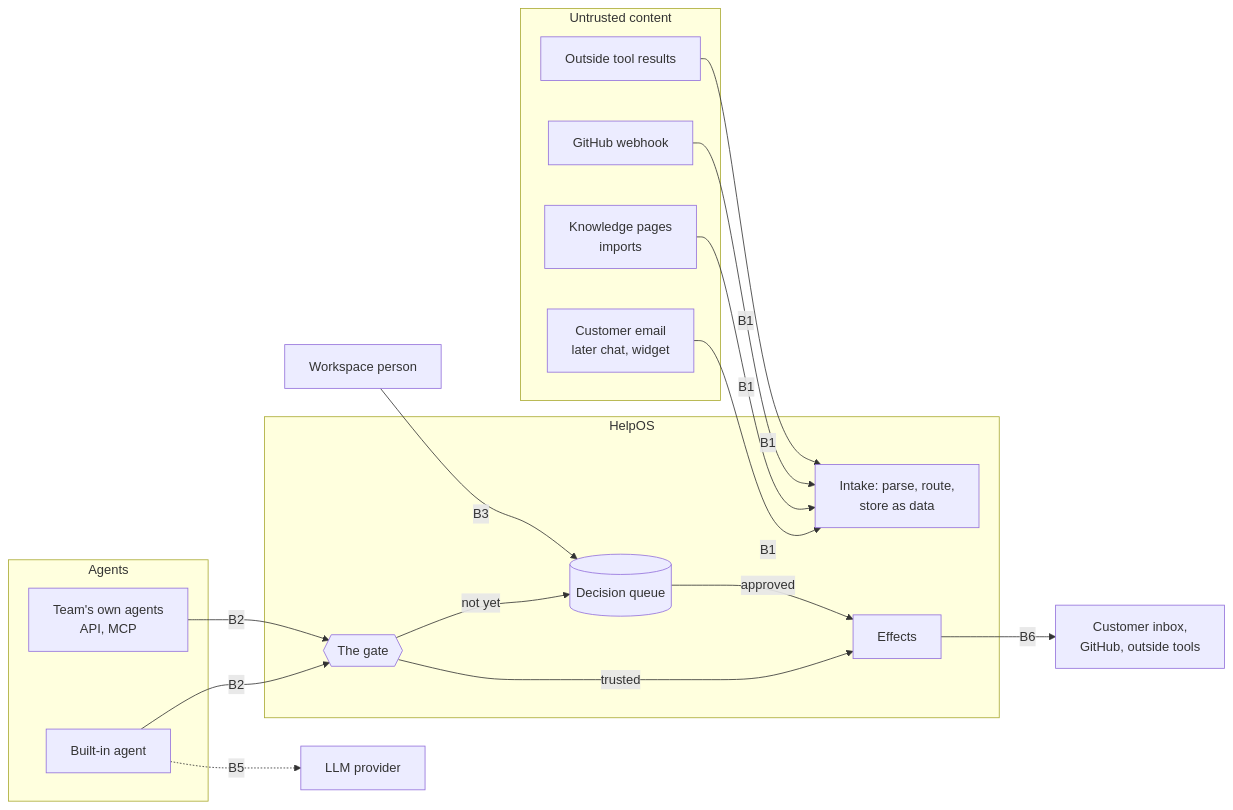
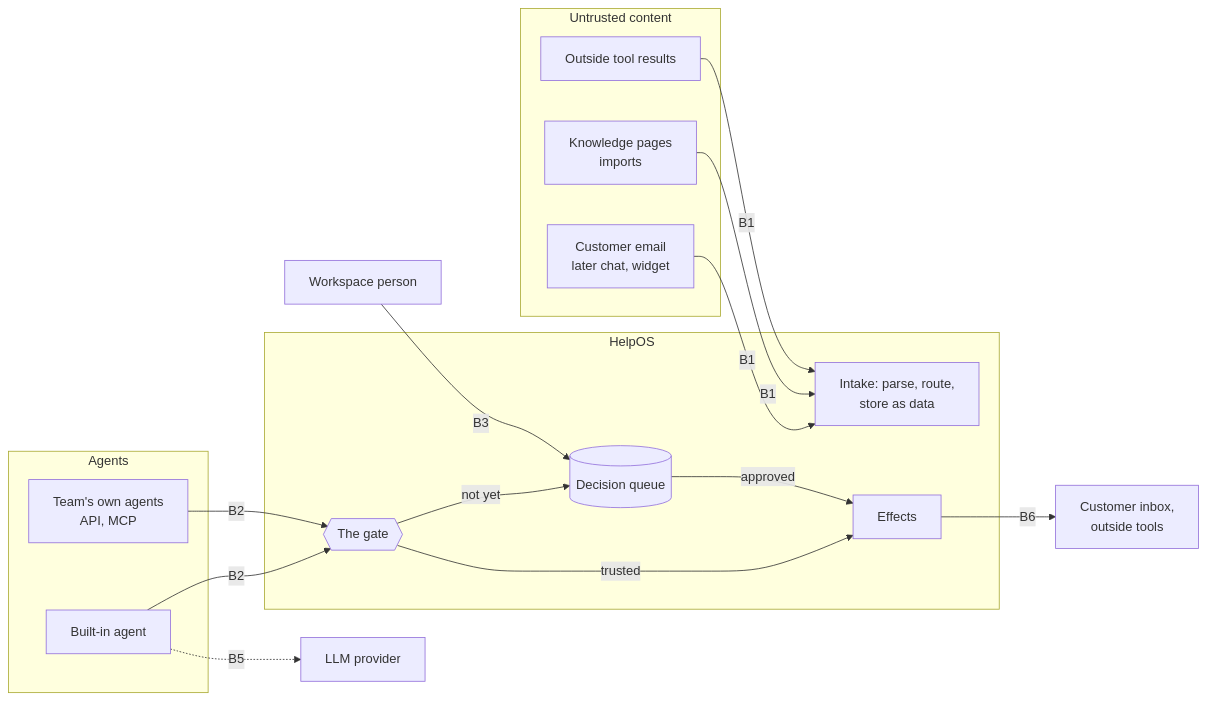
Before and after one commit to bsteps/helpos: the diagram in docs/security/threat-model.md, drawn with Mermaid. The commit also changed other lines of this file and 141 other files, not shown here.

First line of the commit message:
refactor: remove the GitHub tracker flow (#404)

````diff
--- a/docs/security/threat-model.md
+++ b/docs/security/threat-model.md
@@ -49,35 +49,33 @@
 ```mermaid
 flowchart LR
   subgraph outside [Untrusted content]
     C[Customer email<br/>later chat, widget]
     K[Knowledge pages<br/>imports]
-    GH[GitHub webhook]
     T[Outside tool results]
   end
   subgraph proposers [Agents]
     BA[Built-in agent]
     OA[Team's own agents<br/>API, MCP]
   end
   H[Workspace person]
   subgraph desk [HelpOS]
     IN[Intake: parse, route,<br/>store as data]
     G{{The gate}}
     D[(Decision queue)]
     X[Effects]
   end
   LLM[LLM provider]
-  OUT[Customer inbox,<br/>GitHub, outside tools]
+  OUT[Customer inbox,<br/>outside tools]
 
   C -->|B1| IN
   K -->|B1| IN
-  GH -->|B1| IN
   T -->|B1| IN
   BA -->|B2| G
   OA -->|B2| G
   G -->|trusted| X
   G -->|not yet| D
   H -->|B3| D
   D -->|approved| X
   BA -.->|B5| LLM
   X -->|B6| OUT
 ```
````
